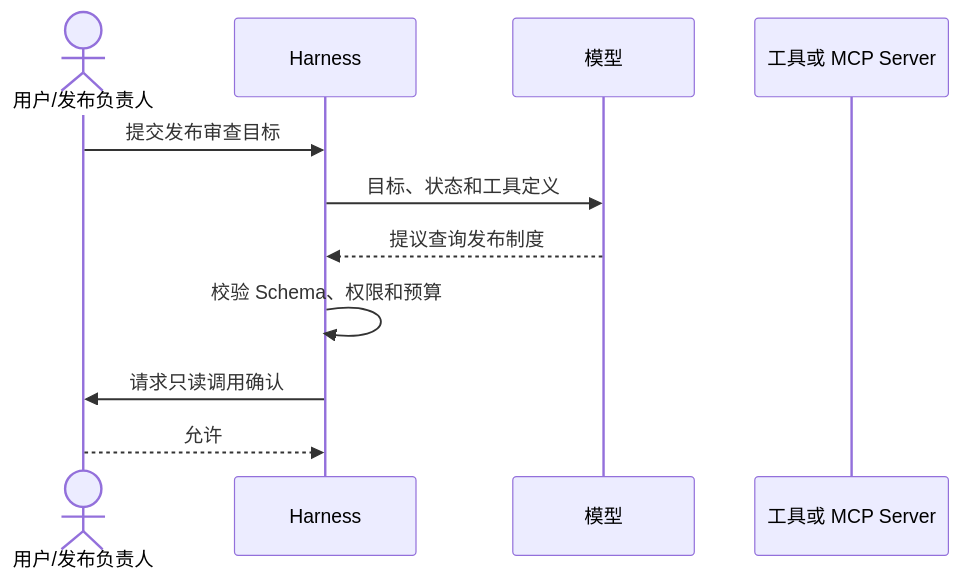
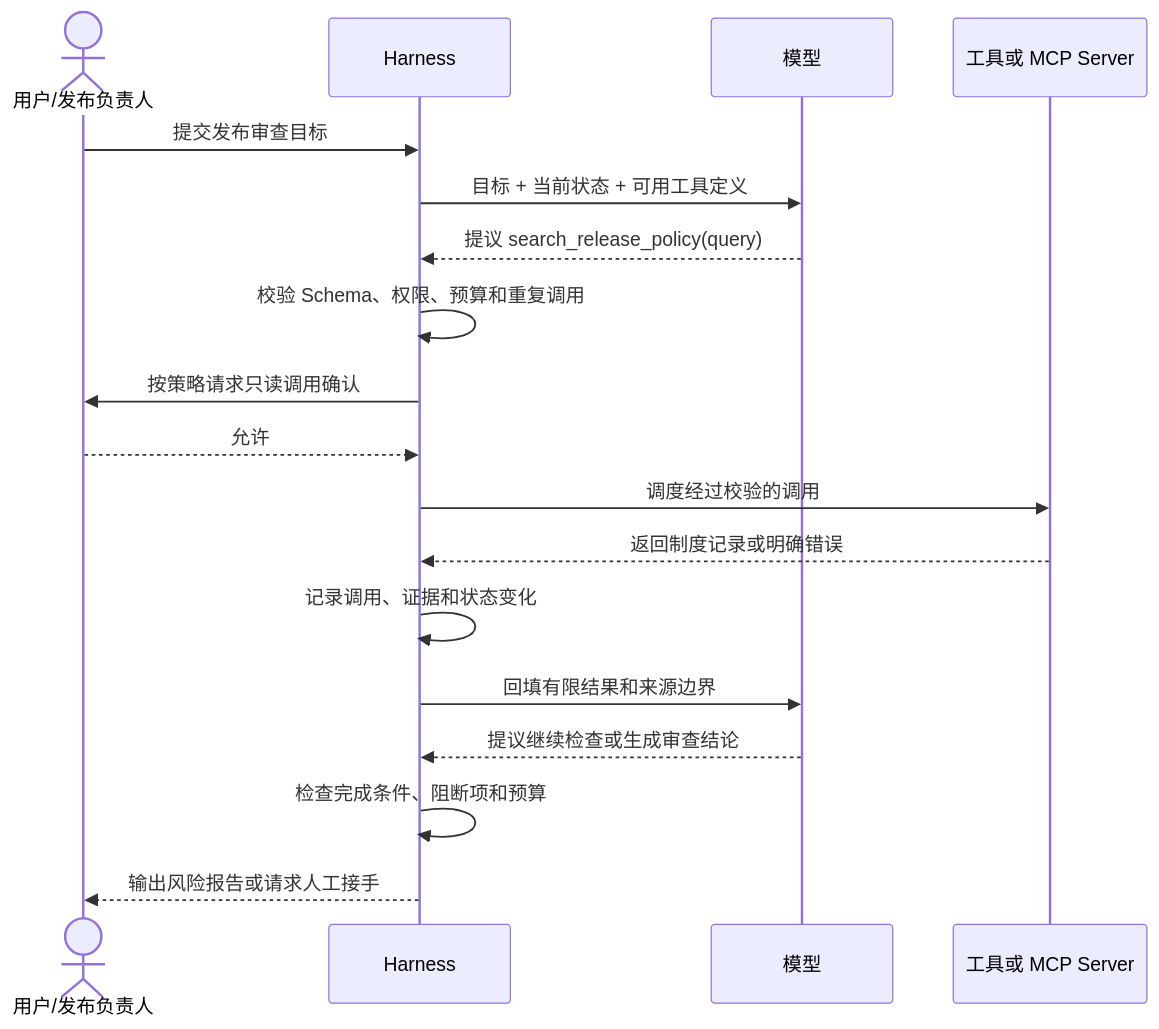
The third of 6 diagrams in docs/05-agent-loop-workflows.md (FoLaJJ/agent-systems-notes), drawn with Mermaid before and after one commit. The commit also changed other lines of this file and 13 other files, not shown here.

Commit message:
Refine Mermaid diagram layouts

````diff
--- a/docs/05-agent-loop-workflows.md
+++ b/docs/05-agent-loop-workflows.md
@@ -98,14 +98,21 @@
 ```mermaid
 sequenceDiagram
     actor U as 用户/发布负责人
     participant H as Harness
     participant L as 模型
     participant T as 工具或 MCP Server
 
     U->>H: 提交发布审查目标
-    H->>L: 目标、状态和工具定义
-    L-->>H: 提议查询发布制度
-    H->>H: 校验 Schema、权限和预算
-    H->>U: 请求只读调用确认
+    H->>L: 目标 + 当前状态 + 可用工具定义
+    L-->>H: 提议 search_release_policy(query)
+    H->>H: 校验 Schema、权限、预算和重复调用
+    H->>U: 按策略请求只读调用确认
     U-->>H: 允许
+    H->>T: 调度经过校验的调用
+    T-->>H: 返回制度记录或明确错误
+    H->>H: 记录调用、证据和状态变化
+    H->>L: 回填有限结果和来源边界
+    L-->>H: 提议继续检查或生成审查结论
+    H->>H: 检查完成条件、阻断项和预算
+    H-->>U: 输出风险报告或请求人工接手
 ```
````
